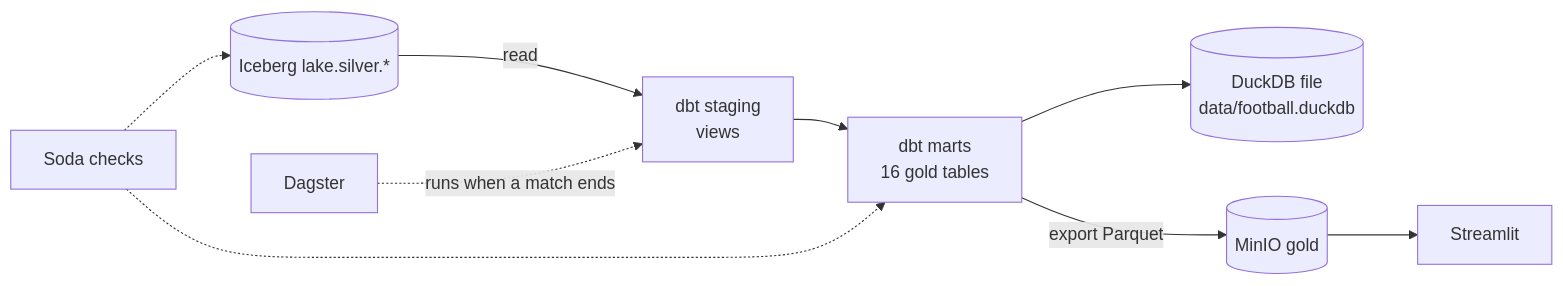
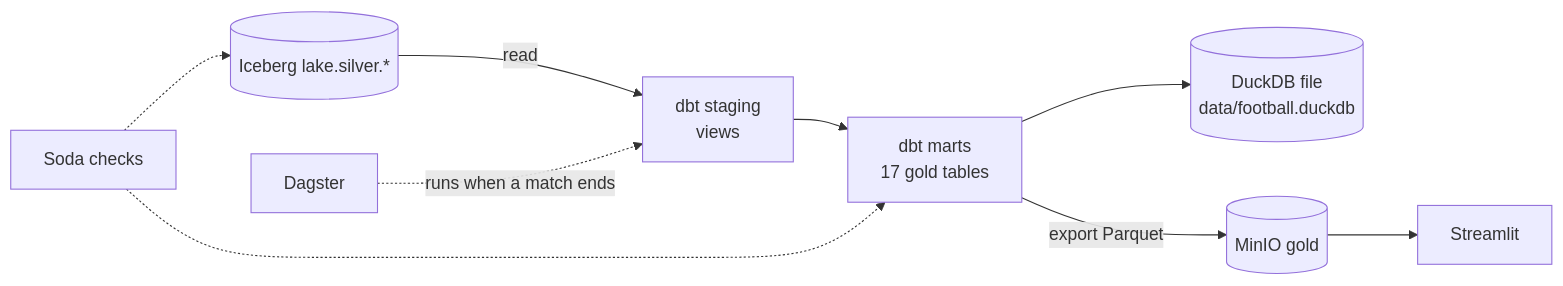
The diagram in docs/gold-guide.md (Anaximandr0s/football-data-platform), drawn with Mermaid before and after one commit. The commit also changed other lines of this file and 11 other files, not shown here.

````diff
--- a/docs/gold-guide.md
+++ b/docs/gold-guide.md
@@ -15,10 +15,10 @@
 ```mermaid
 flowchart LR
     S[(Iceberg lake.silver.*)] -->|read| ST[dbt staging<br/>views]
-    ST --> M[dbt marts<br/>16 gold tables]
+    ST --> M[dbt marts<br/>17 gold tables]
     M --> D[(DuckDB file<br/>data/football.duckdb)]
     M -->|export Parquet| G[(MinIO gold)]
     G --> A[Streamlit]
     SODA[Soda checks] -.-> S & M
     DAG[Dagster] -.->|runs when a match ends| ST
 ```
````
